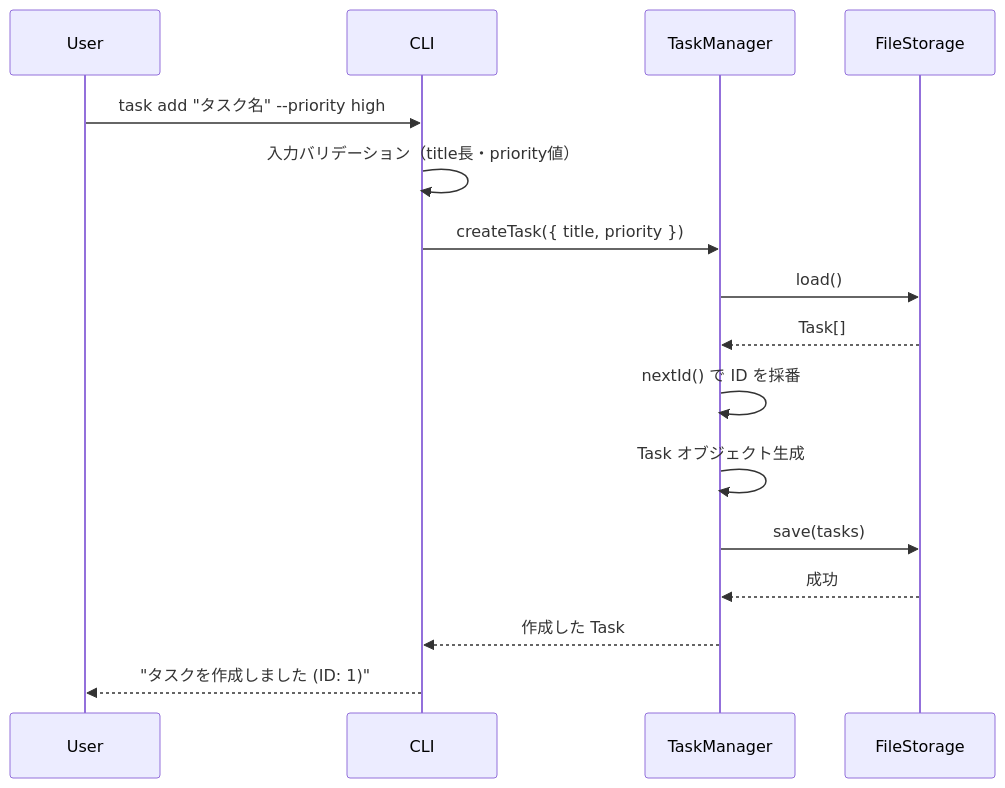
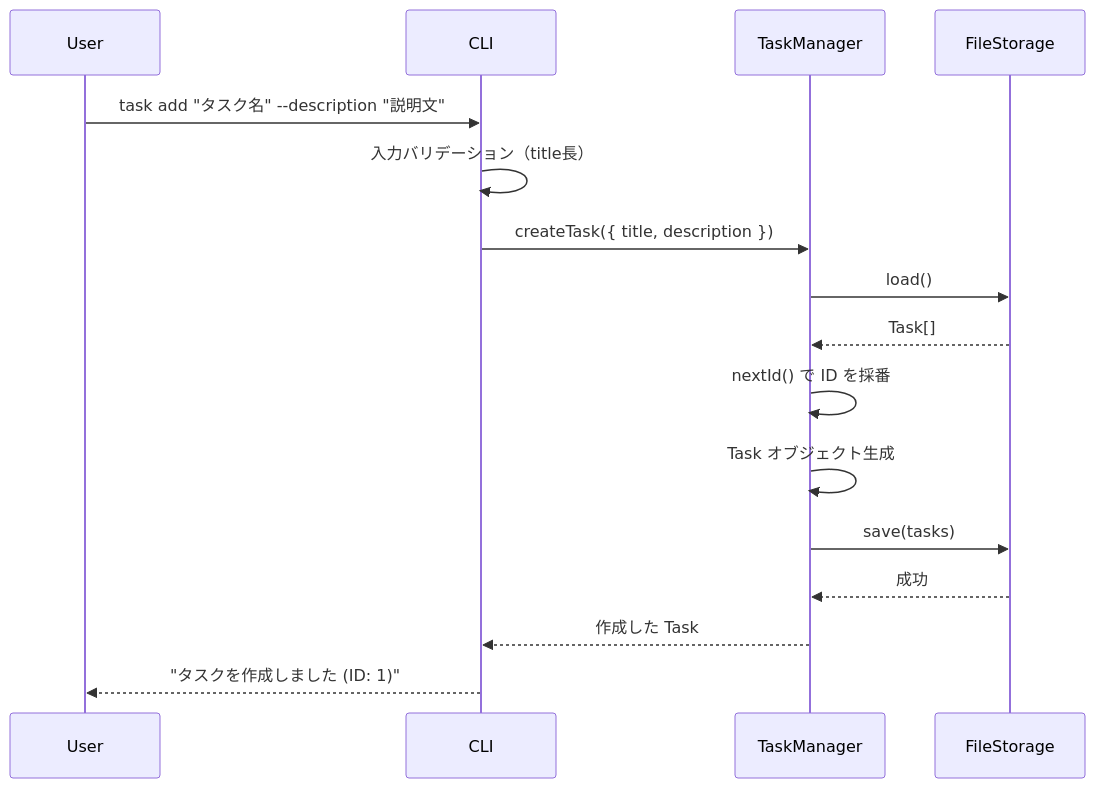
The third of 8 diagrams in docs/functional-design.md (kanan4gh/dev-tasks2), drawn with Mermaid before and after one commit. The commit also changed other lines of this file and 4 other files, not shown here.

````diff
--- a/docs/functional-design.md
+++ b/docs/functional-design.md
@@ -367,19 +485,19 @@
 ```mermaid
 sequenceDiagram
     participant User
     participant CLI
     participant TaskManager
     participant FileStorage
 
-    User->>CLI: task add "タスク名" --priority high
-    CLI->>CLI: 入力バリデーション（title長・priority値）
-    CLI->>TaskManager: createTask({ title, priority })
+    User->>CLI: task add "タスク名" --description "説明文"
+    CLI->>CLI: 入力バリデーション（title長）
+    CLI->>TaskManager: createTask({ title, description })
     TaskManager->>FileStorage: load()
     FileStorage-->>TaskManager: Task[]
     TaskManager->>TaskManager: nextId() で ID を採番
     TaskManager->>TaskManager: Task オブジェクト生成
     TaskManager->>FileStorage: save(tasks)
     FileStorage-->>TaskManager: 成功
     TaskManager-->>CLI: 作成した Task
     CLI-->>User: "タスクを作成しました (ID: 1)"
 ```
````
